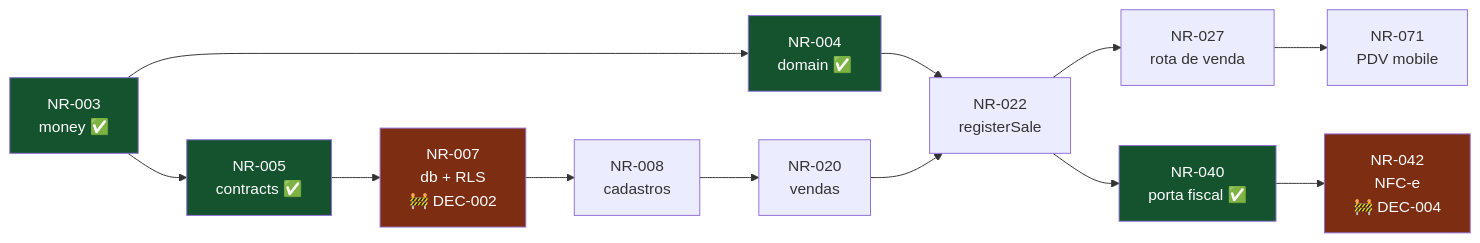
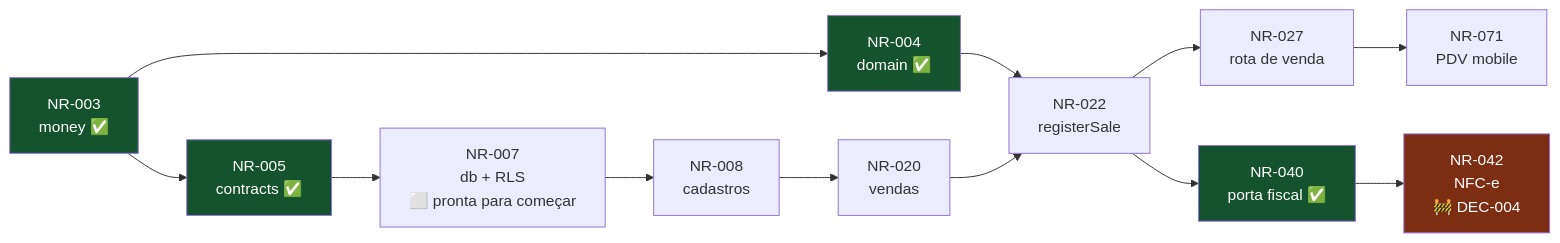
The diagram in docs/processo/task-ledger.md (glevi2004/na-regua), drawn with Mermaid before and after one commit. The commit also changed other lines of this file and 12 other files, not shown here.

First line of the commit message:
docs(db): fechar a DEC-002 com RLS por linha e liberar a cascata

````diff
--- a/docs/processo/task-ledger.md
+++ b/docs/processo/task-ledger.md
@@ -179,21 +178,20 @@
 ```mermaid
 flowchart LR
     N3["NR-003<br/>money ✅"] --> N4["NR-004<br/>domain ✅"]
     N3 --> N5["NR-005<br/>contracts ✅"]
-    N5 --> N7["NR-007<br/>db + RLS<br/>🚧 DEC-002"]
+    N5 --> N7["NR-007<br/>db + RLS<br/>⬜ pronta para começar"]
     N7 --> N8["NR-008<br/>cadastros"]
     N8 --> N20["NR-020<br/>vendas"]
     N4 --> N22
     N20 --> N22["NR-022<br/>registerSale"]
     N22 --> N27["NR-027<br/>rota de venda"]
     N27 --> N71["NR-071<br/>PDV mobile"]
     N22 --> N40["NR-040<br/>porta fiscal ✅"]
     N40 --> N42["NR-042<br/>NFC-e<br/>🚧 DEC-004"]
 
-    style N7 fill:#7c2d12,color:#fff
     style N42 fill:#7c2d12,color:#fff
     style N3 fill:#14532d,color:#fff
     style N4 fill:#14532d,color:#fff
     style N5 fill:#14532d,color:#fff
     style N40 fill:#14532d,color:#fff
 ```
````
